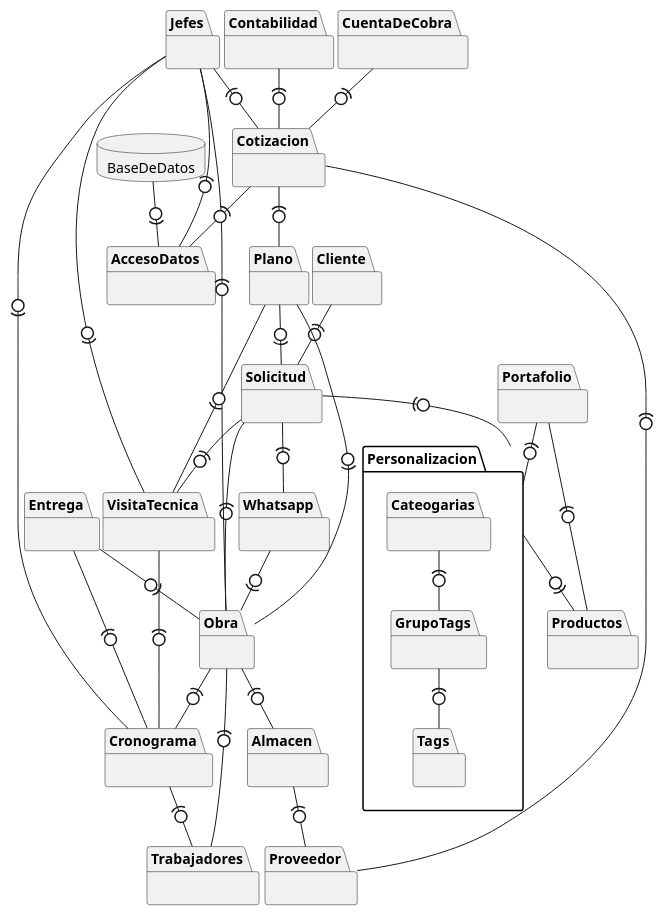
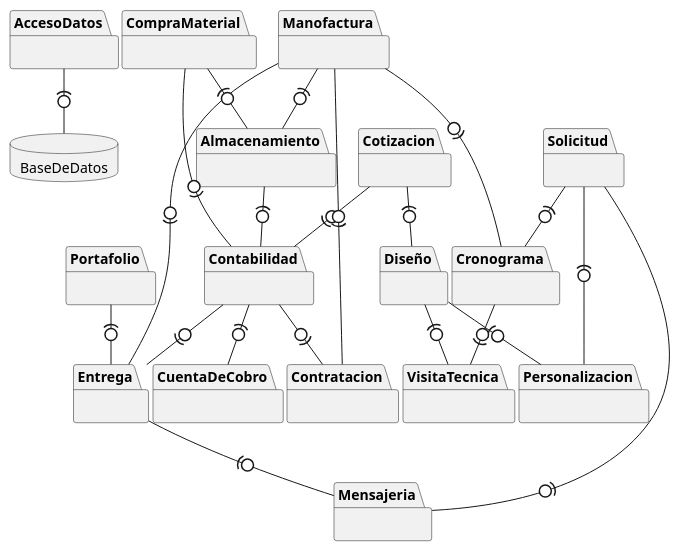
The diagram in ComponentDiagram/metalK_packages.puml (Los-Waza/MetalK_Documentation), drawn with PlantUML before and after one commit. The commit also changed 1 other file, not shown here.

Commit message:
Packages v1

```diff
--- a/ComponentDiagram/metalK_packages.puml
+++ b/ComponentDiagram/metalK_packages.puml
@@ -1,73 +1,55 @@
-@startuml
+@startuml MetalK_Packages
     skinparam nodesep 4
     skinparam linestyle orto
 
     <style>
     database {
         
     }
     package{
 
     }
     </style>
+
     database BaseDeDatos as bd{          
     }
     package Solicitud as sol{}
-    package Cliente as cli{}
-    package Whatsapp as wasa{}
+    package Mensajeria as wasa{}
     package VisitaTecnica as vt{}
-    package Personalizacion as per{
-        package Cateogarias as cat{}
-        package GrupoTags as gt{}
-        package Tags as tag{}
-    }
-    package Plano as pla{}
-    package Productos as pro{}
+    package Personalizacion as per{}
+    package Diseño as dis{}
     package Portafolio as por{}
-    package Jefes as jef{}
     package Cotizacion as cot{}
-    package Proveedor as prv{}
-    package Trabajadores as tra{}
-    package Almacen as alm{}
-    package CuentaDeCobra as cdc{}
-    package Obra as obr{}
+    package Almacenamiento as alm{}
+    package CuentaDeCobro as cdc{}
+    package Manofactura as man{}
     package Contabilidad as con{}
     package AccesoDatos as ad{}
     package Cronograma as cro{}
     package Entrega as ent{}
+    package CompraMaterial as cm{}
+    package Contratacion as cont{}
 
-    cli -(0- sol
-    gt -(0- tag
-    cat -(0- gt
-    sol -(0- wasa
+    sol -(0- wasa 
+    sol -(0-cro
     sol -(0- per
-    per -0)- pro
-    pla -0)- sol
-    pla -0)- obr
-    por -(0- pro
-    por -(0- per
-    sol -(0- vt
-    vt -(0- jef
-    obr -(0- tra
-    sol -(0- obr
-    jef -(0- obr
-    obr -(0- alm
-    cot -(0- pla
-    jef -(0- cot
-    cot -(0- prv
-    cdc -(0- cot
-    con -(0- cot
-    cot -(0- ad
-    jef -(0- ad 
-    alm -(0- prv
-    bd -0)- ad
-    pla -0)- vt
-    wasa -0)- obr
-    ent -0)- obr
-    ent -(0- cro
-    obr -(0- cro
-    vt -(0- cro
-    cro -(0- jef
-    cro -(0- tra
-        
+    dis -(0- per
+    dis -(0- vt
+    cro -0)- vt   
+    cot -(0- dis
+    por -(0- ent
+    man -(0- alm
+    ent -(0- wasa
+    man -0)- ent
+    con -(0- cdc
+    cm -0)- con
+    con -0)- ent
+    alm -(0- con
+    cm -(0- alm
+    ad -(0- bd  
+    cot -0)- con
+    man -0)- cro
+    con -0)- cont
+    cont -(0- man
+    
 @enduml
```
